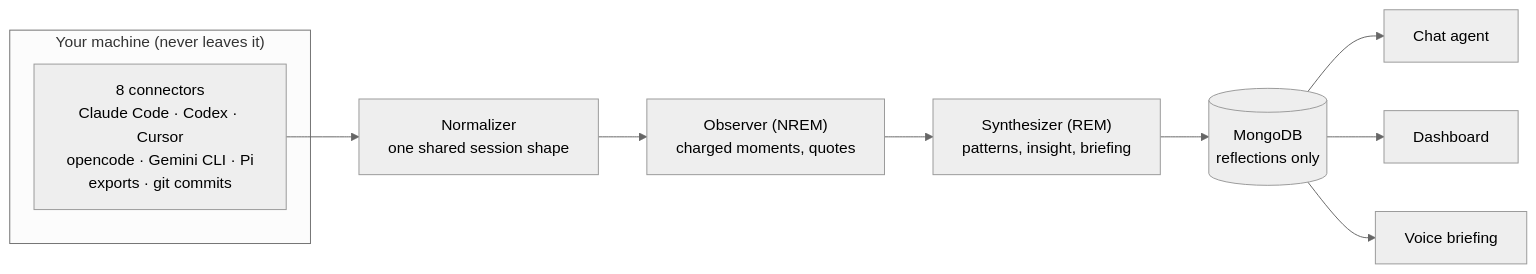
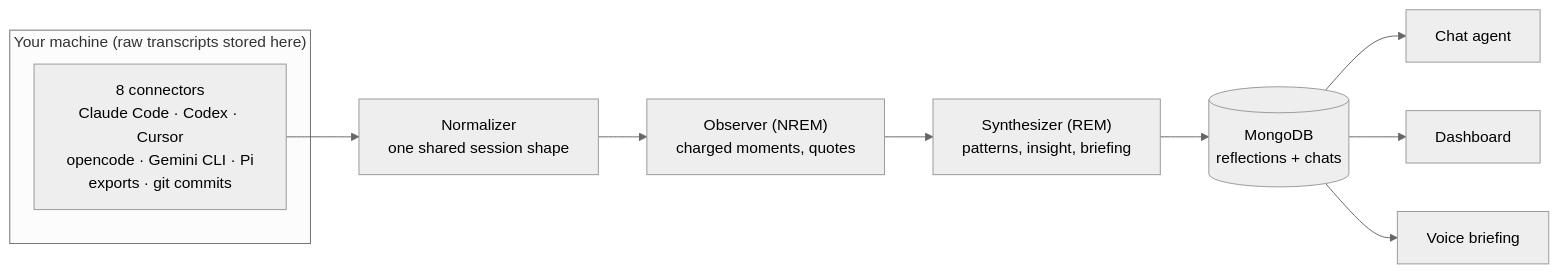
Before and after one commit to Vela3202019/wisen: the diagram in README.md, drawn with Mermaid (neutral theme). The commit also changed other lines of this file, not shown here.

First line of the commit message:
docs: add "what leaves your machine" section to README (#3)

````diff
--- a/README.md
+++ b/README.md
@@ -72,13 +72,13 @@
 ```mermaid
 flowchart LR
-    subgraph sources["Your machine (never leaves it)"]
+    subgraph sources["Your machine (raw transcripts stored here)"]
         A["8 connectors<br/>Claude Code · Codex · Cursor<br/>opencode · Gemini CLI · Pi<br/>exports · git commits"]
     end
     A --> N["Normalizer<br/>one shared session shape"]
     N --> O["Observer (NREM)<br/>charged moments, quotes"]
     O --> S["Synthesizer (REM)<br/>patterns, insight, briefing"]
-    S --> M[("MongoDB<br/>reflections only")]
+    S --> M[("MongoDB<br/>reflections + chats")]
     M --> C["Chat agent"]
     M --> D["Dashboard"]
     M --> V["Voice briefing"]
 ```
````
